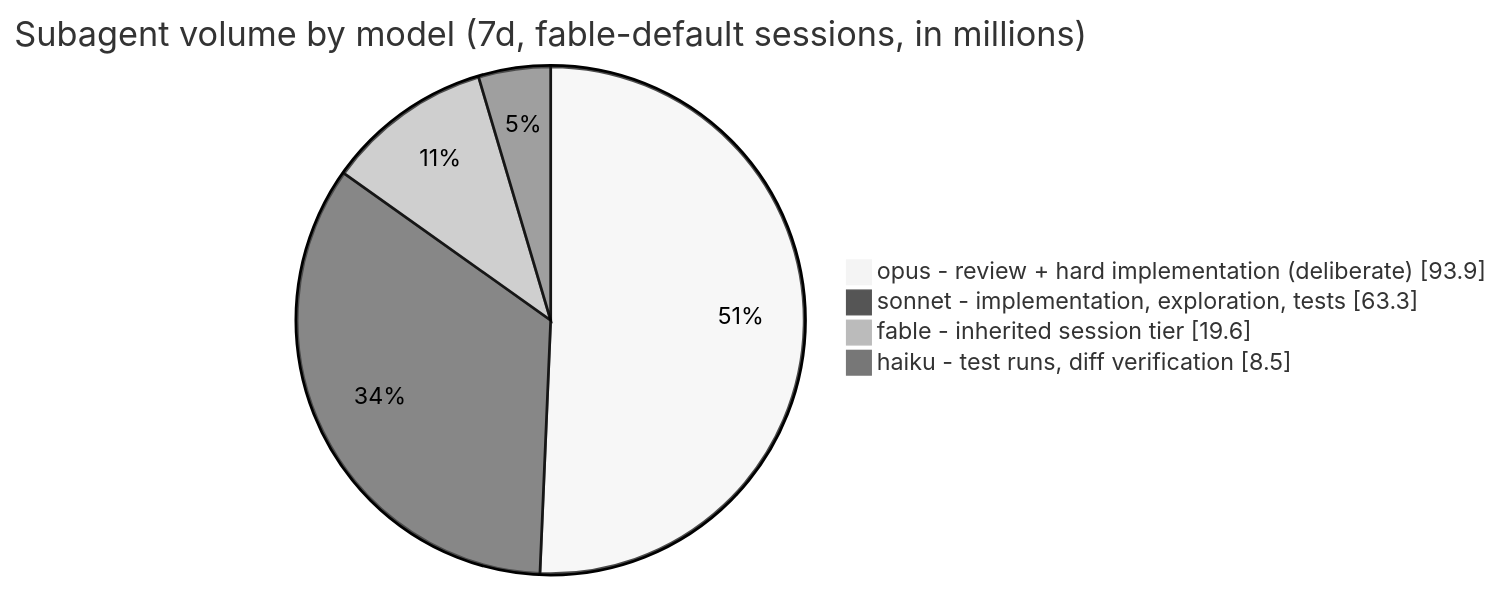
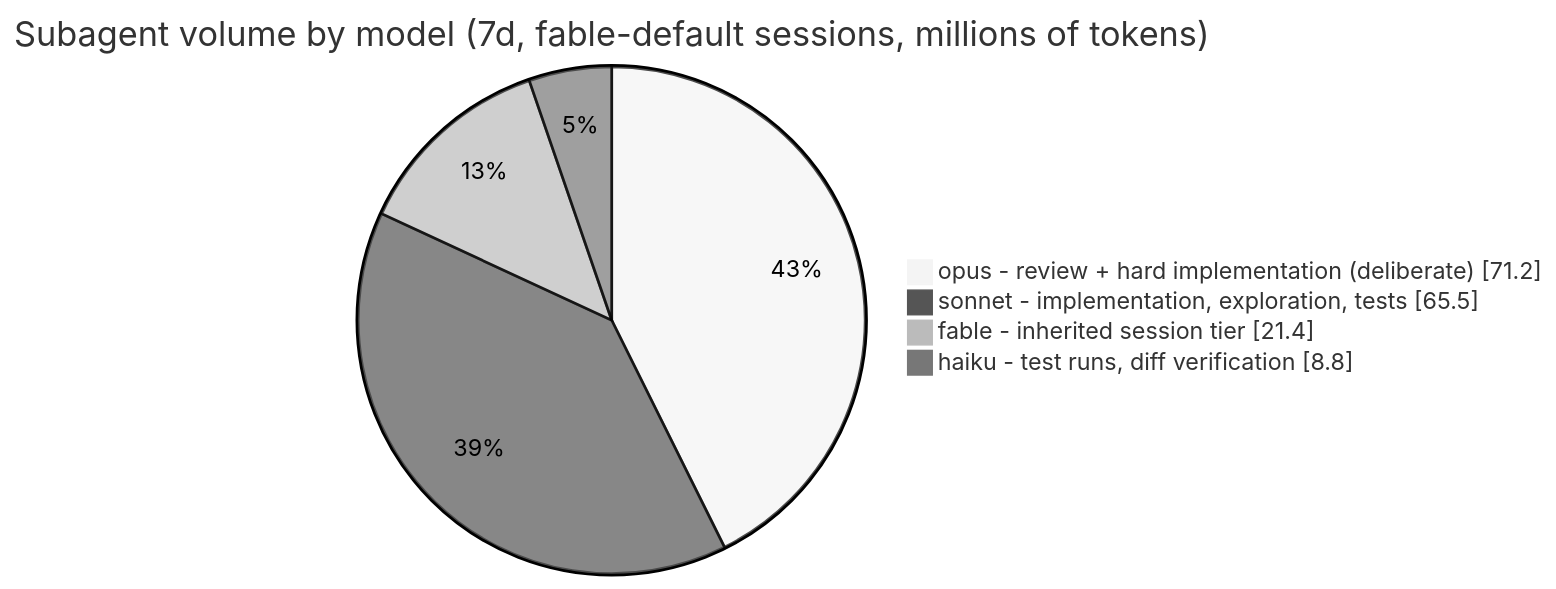
One commit to AqueGen/model-routing changed the second of 3 diagrams in README.md. Above: the diagram before and after it, drawn with Mermaid (neutral theme). The commit also changed other lines of this file and 2 other files, not shown here.

First line of the commit message:
docs: date and version the token charts as a snapshot (0.8.2) (#17)

````diff
--- a/README.md
+++ b/README.md
@@ -96,7 +100,7 @@
 ```mermaid
-pie showData title Subagent volume by model (7d, fable-default sessions, in millions)
-    "opus - review + hard implementation (deliberate)" : 93.9
-    "sonnet - implementation, exploration, tests" : 63.3
-    "fable - inherited session tier" : 19.6
-    "haiku - test runs, diff verification" : 8.5
+pie showData title Subagent volume by model (7d, fable-default sessions, millions of tokens)
+    "opus - review + hard implementation (deliberate)" : 71.2
+    "sonnet - implementation, exploration, tests" : 65.5
+    "fable - inherited session tier" : 21.4
+    "haiku - test runs, diff verification" : 8.8
 ```
````
